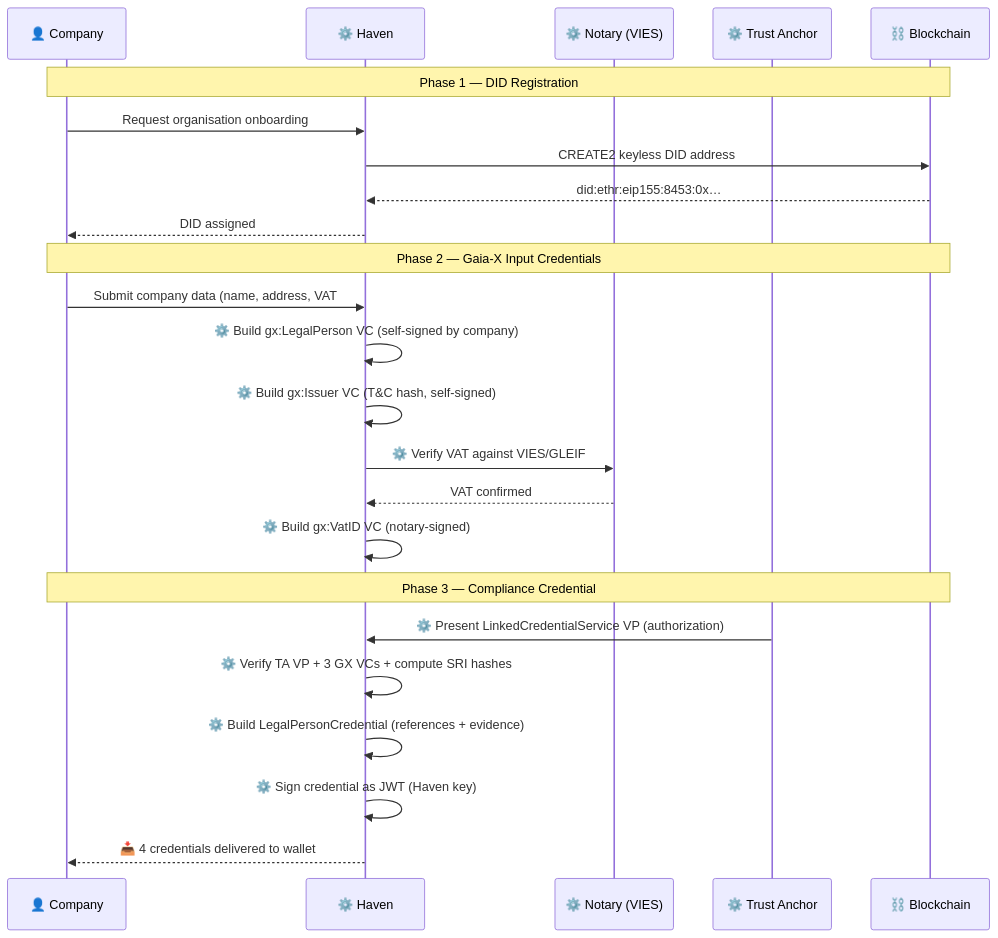
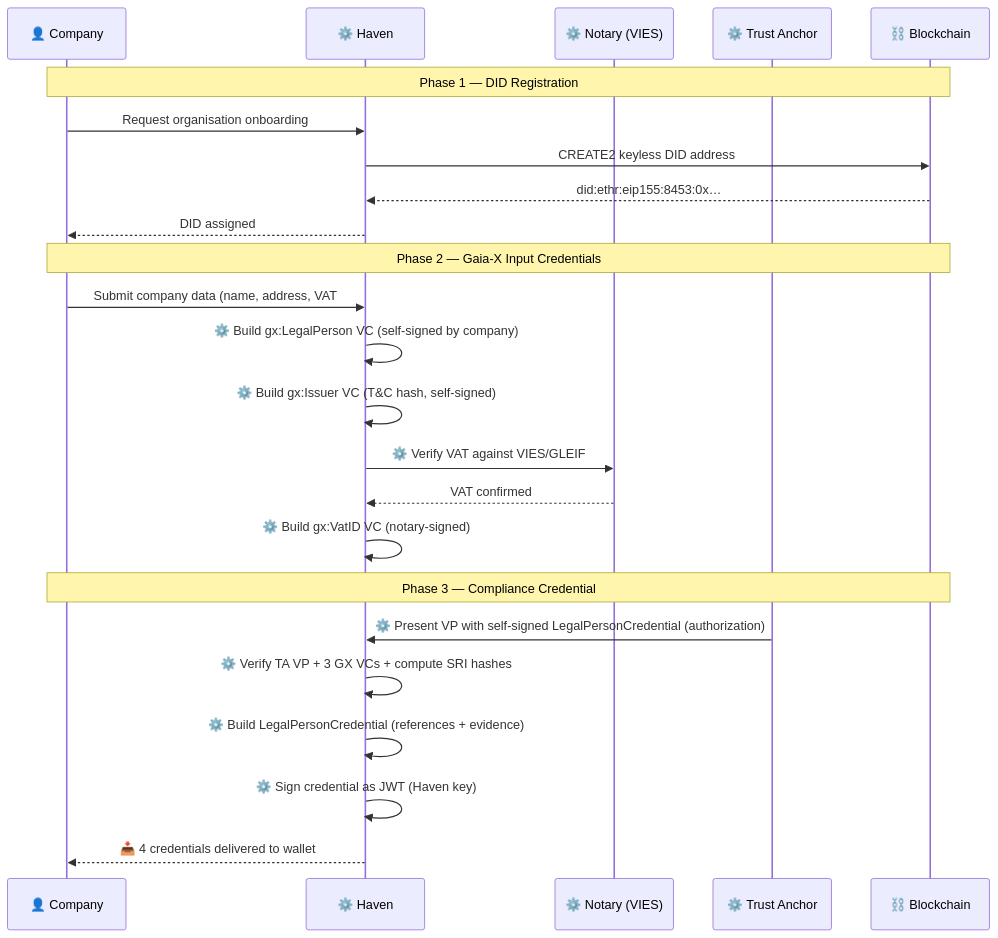
One commit to reachhaven/harbour-credentials changed the first of 4 diagrams in docs/guide/credential-lifecycle.md. Above: the diagram before and after it, drawn with Mermaid. The commit also changed 25 other files, not shown here.

First line of the commit message:
feat: self-signed trust anchor + strict per-resource SHACL validation (#13)

````diff
--- a/docs/guide/credential-lifecycle.md
+++ b/docs/guide/credential-lifecycle.md
@@ -18,29 +18,29 @@
 ```mermaid
 sequenceDiagram
     participant C as 👤 Company
     participant H as ⚙️ Haven
     participant N as ⚙️ Notary (VIES)
     participant TA as ⚙️ Trust Anchor
     participant BC as ⛓️ Blockchain
 
     Note over C,BC: Phase 1 — DID Registration
     C->>H: Request organisation onboarding
     H->>BC: CREATE2 keyless DID address
     BC-->>H: did:ethr:eip155:8453:0x…
     H-->>C: DID assigned
 
     Note over C,BC: Phase 2 — Gaia-X Input Credentials
     C->>H: Submit company data (name, address, VAT#)
     H->>H: ⚙️ Build gx:LegalPerson VC (self-signed by company)
     H->>H: ⚙️ Build gx:Issuer VC (T&C hash, self-signed)
     H->>N: ⚙️ Verify VAT against VIES/GLEIF
     N-->>H: VAT confirmed
     H->>H: ⚙️ Build gx:VatID VC (notary-signed)
 
     Note over C,BC: Phase 3 — Compliance Credential
-    TA->>H: ⚙️ Present LinkedCredentialService VP (authorization)
+    TA->>H: ⚙️ Present VP with self-signed LegalPersonCredential (authorization)
     H->>H: ⚙️ Verify TA VP + 3 GX VCs + compute SRI hashes
     H->>H: ⚙️ Build LegalPersonCredential (references + evidence)
     H->>H: ⚙️ Sign credential as JWT (Haven key)
     H-->>C: 📥 4 credentials delivered to wallet
 ```
````
